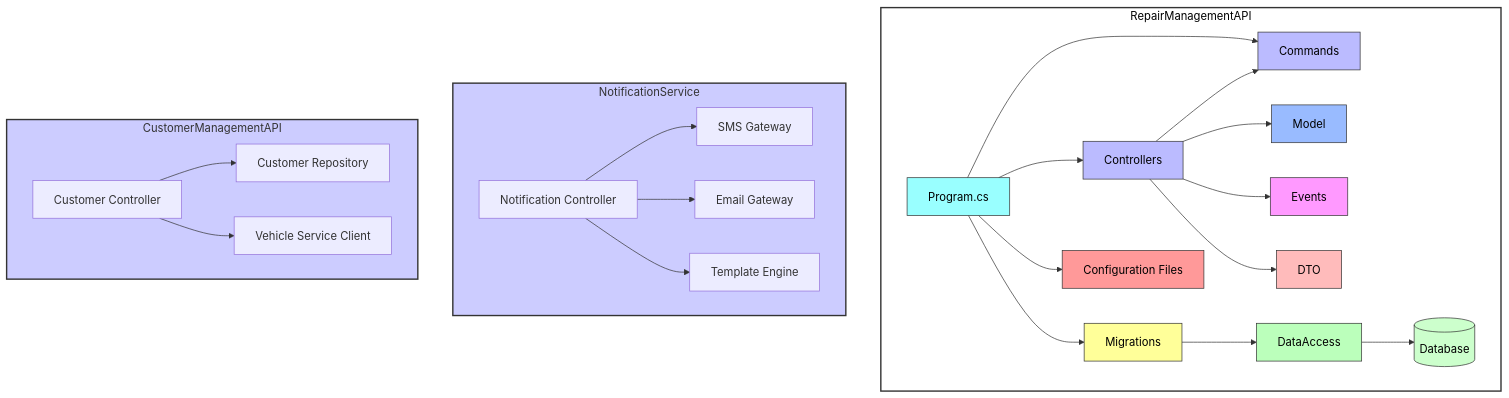
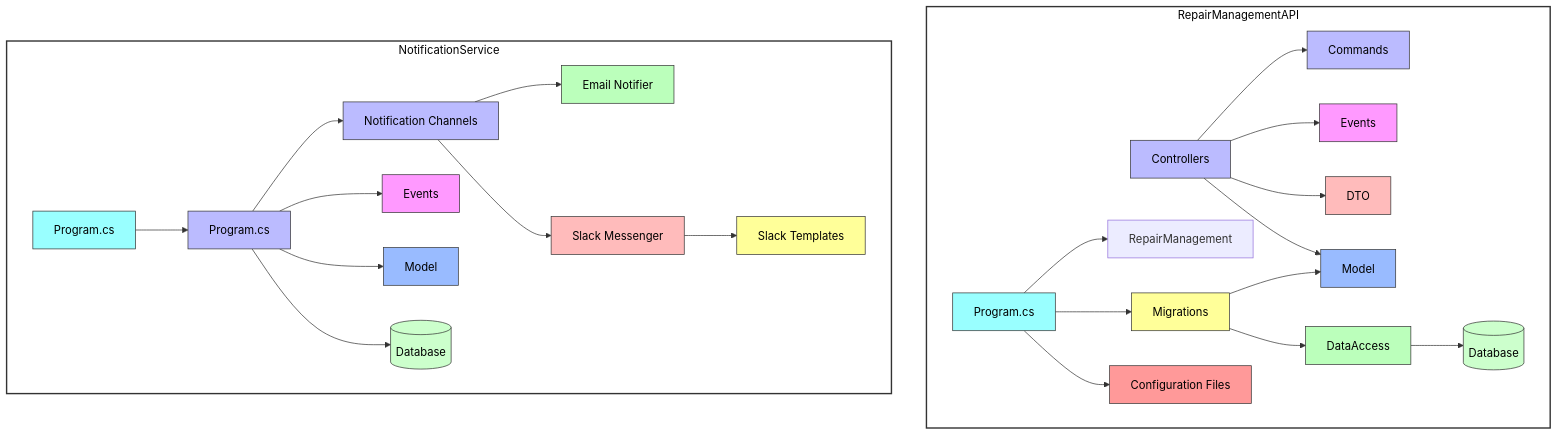
The third of 3 diagrams in src/pitstop-c4-model.md (hanaim-devops/pitstop-team-luna), drawn with Mermaid before and after one commit. The commit also changed other lines of this file, not shown here.

Commit message:
notification service

````diff
--- a/src/pitstop-c4-model.md
+++ b/src/pitstop-c4-model.md
@@ -65,62 +64,71 @@
 ```mermaid
 graph TD
     subgraph RepairManagementAPI
-        Controllers[Controllers]
-        Commands[Commands]
-        DataAccess[DataAccess]
-        DTO[DTO]
-        Events[Events]
-        Migrations[Migrations]
-        Model[Model]
-        Configuration[Configuration Files]
-        Program[Program.cs]
-        Database[(Database)]
-        
-        Program --> Controllers
-        Program --> Commands
-        Program --> Migrations
-        Program --> Configuration
-        Controllers --> Commands
-        Controllers --> Model
-        Controllers --> Events
-        Controllers --> DTO
-        Migrations --> DataAccess
-        DataAccess --> Database
+        RepairManagementControllers[Controllers]
+        RepairManagementCommands[Commands]
+        RepairManagementDataAccess[DataAccess]
+        RepairManagementDTO[DTO]
+        RepairManagementEvents[Events]
+        RepairManagementMigrations[Migrations]
+        RepairManagementModel[Model]
+        RepairManagementConfiguration[Configuration Files]
+        RepairManagementProgram[Program.cs]
+        RepairManagementDatabase[(Database)]
+
+        RepairManagementProgram --> RepairManagement
+        RepairManagementProgram --> RepairManagementMigrations
+        RepairManagementProgram --> RepairManagementConfiguration
+        RepairManagementControllers --> RepairManagementCommands
+        RepairManagementControllers --> RepairManagementEvents
+        RepairManagementControllers --> RepairManagementDTO
+        RepairManagementControllers --> RepairManagementModel
+        RepairManagementMigrations --> RepairManagementModel
+        RepairManagementMigrations --> RepairManagementDataAccess
+        RepairManagementDataAccess --> RepairManagementDatabase
 
     end
 
     subgraph NotificationService
-        NotificationController[Notification Controller]
-        SMSGateway[SMS Gateway]
-        EmailGateway[Email Gateway]
-        TemplateEngine[Template Engine]
-
-        NotificationController --> SMSGateway
-        NotificationController --> EmailGateway
-        NotificationController --> TemplateEngine
+        NotificationChannels[Notification Channels]
+        NotificationServiceEmailNotifier[Email Notifier]
+        NotificationServiceSlackMessenger[Slack Messenger]
+        NotificationServiceEvents[Events]
+        NotificationServiceModel[Model]
+        NotificationServiceTemplates[Slack Templates]
+        NotificationServiceProgram[Program.cs]
+        NotificationServiceWorker[Program.cs]
+        NotificationServiceRepository[(Database)]
+        NotificationServiceProgram-->NotificationServiceWorker
+        NotificationServiceWorker --> NotificationChannels
+        NotificationServiceWorker --> NotificationServiceEvents
+        NotificationServiceWorker --> NotificationServiceModel
+        NotificationServiceWorker --> NotificationServiceRepository
+        NotificationChannels --> NotificationServiceEmailNotifier
+        NotificationChannels --> NotificationServiceSlackMessenger
+        NotificationServiceSlackMessenger --> NotificationServiceTemplates
     end
 
-    subgraph CustomerManagementAPI
-        CustomerController[Customer Controller]
-        CustomerRepository[Customer Repository]
-        VehicleServiceClient[Vehicle Service Client]
-        
-        CustomerController --> CustomerRepository
-        CustomerController --> VehicleServiceClient
-    end
 
     style RepairManagementAPI fill:#fff,stroke:#333,stroke-width:2px,color:#000000
-    style Controllers fill:#bbf,stroke:#333,stroke-width:1px,color:#000000
-    style Commands fill:#bbf,stroke:#333,stroke-width:1px,color:#000000
-    style DataAccess fill:#bfb,stroke:#333,stroke-width:1px,color:#000000
-    style DTO fill:#fbb,stroke:#333,stroke-width:1px,color:#000000
-    style Events fill:#f9f,stroke:#333,stroke-width:1px,color:#000000
-    style Migrations fill:#ff9,stroke:#333,stroke-width:1px,color:#000000
-    style Model fill:#9bf,stroke:#333,stroke-width:1px,color:#000000
-    style Configuration fill:#f99,stroke:#333,stroke-width:1px,color:#000000
-    style Program fill:#9ff,stroke:#333,stroke-width:1px,color:#000000
-    style Database fill:#cfc,stroke:#333,stroke-width:1px,color:#000000
-    style NotificationService fill:#ccf,stroke:#333,stroke-width:2px
-    style CustomerManagementAPI fill:#ccf,stroke:#333,stroke-width:2px
-
+    style RepairManagementControllers fill:#bbf,stroke:#333,stroke-width:1px,color:#000000
+    style RepairManagementCommands fill:#bbf,stroke:#333,stroke-width:1px,color:#000000
+    style RepairManagementDataAccess fill:#bfb,stroke:#333,stroke-width:1px,color:#000000
+    style RepairManagementDTO fill:#fbb,stroke:#333,stroke-width:1px,color:#000000
+    style RepairManagementEvents fill:#f9f,stroke:#333,stroke-width:1px,color:#000000
+    style RepairManagementMigrations fill:#ff9,stroke:#333,stroke-width:1px,color:#000000
+    style RepairManagementModel fill:#9bf,stroke:#333,stroke-width:1px,color:#000000
+    style RepairManagementConfiguration fill:#f99,stroke:#333,stroke-width:1px,color:#000000
+    style RepairManagementProgram fill:#9ff,stroke:#333,stroke-width:1px,color:#000000
+    style RepairManagementDatabase fill:#cfc,stroke:#333,stroke-width:1px,color:#000000
+    style NotificationService fill:#fff,stroke:#333,stroke-width:2px,color:#000000
+    style NotificationChannels fill:#bbf,stroke:#333,stroke-width:1px,color:#000000
+    style NotificationServiceEmailNotifier fill:#bfb,stroke:#333,stroke-width:1px,color:#000000
+    style NotificationServiceSlackMessenger fill:#fbb,stroke:#333,stroke-width:1px,color:#000000
+    style NotificationServiceEvents fill:#f9f,stroke:#333,stroke-width:1px,color:#000000
+    style NotificationServiceModel fill:#9bf,stroke:#333,stroke-width:1px,color:#000000
+    style NotificationServiceTemplates fill:#ff9,stroke:#333,stroke-width:1px,color:#000000
+    style NotificationServiceProgram fill:#9ff,stroke:#333,stroke-width:1px,color:#000000
+    style NotificationServiceRepository fill:#cfc,stroke:#333,stroke-width:1px,color:#000000
+    style NotificationServiceWorker fill:#bbf,stroke:#333,stroke-width:1px,color:#000000
+    
 ```
````
